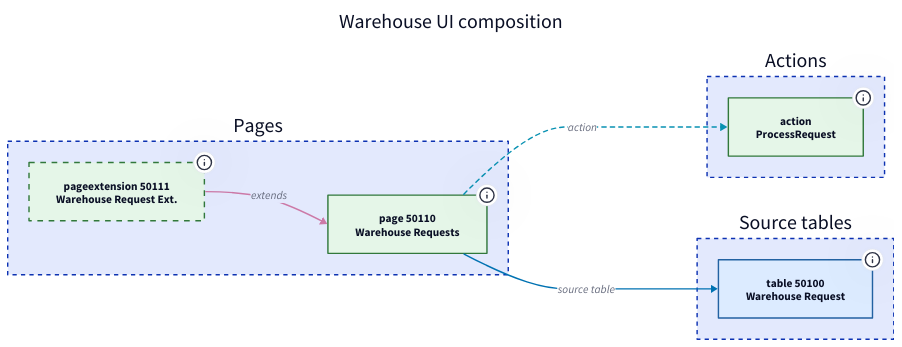
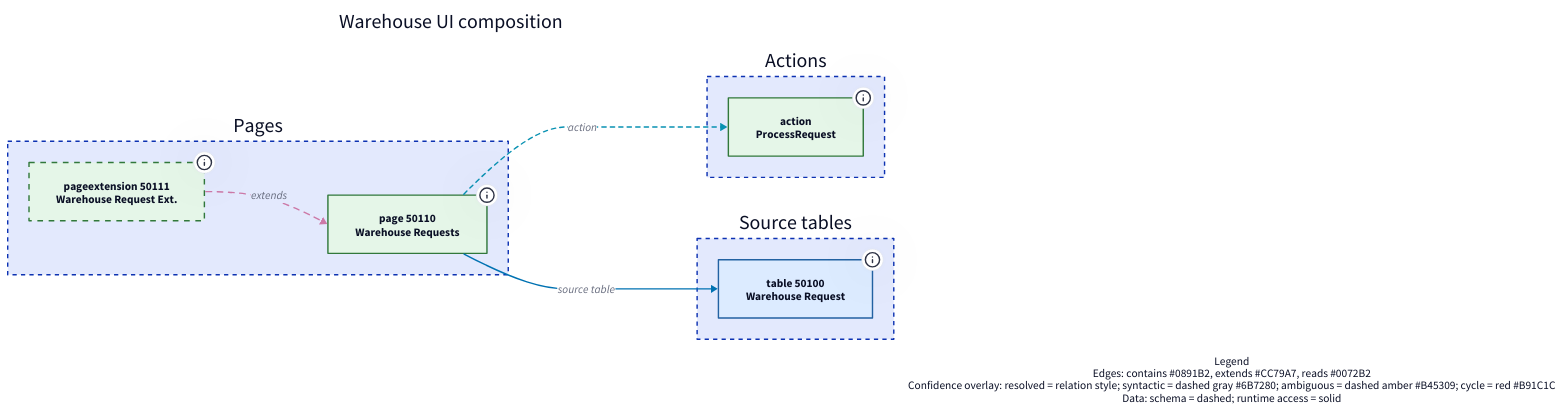
One commit to SchulzOli/BC-Atlas changed the diagram in examples/output/ui.d2. Above: the diagram before and after it, drawn with D2. The commit also changed 5 other files, not shown here.

```diff
--- a/examples/output/ui.d2
+++ b/examples/output/ui.d2
@@ -1,47 +1,52 @@
 direction: right
 title: "Warehouse UI composition" {
   shape: text
   near: top-center
   style.font-size: 28
 }
 
 g0: "Actions" {
   style.stroke-dash: 3
   n3: "action\nProcessRequest" {
     shape: rectangle
-    tooltip: "WarehouseUI.al:14"
+    tooltip: "WarehouseUI.al:43"
     style.fill: "#E5F6E8"
     style.stroke: "#31783B"
   }
 }
 
 g1: "Pages" {
   style.stroke-dash: 3
   n2: "pageextension 50111\nWarehouse Request Ext." {
     shape: rectangle
-    tooltip: "WarehouseUI.al:27"
+    tooltip: "WarehouseUI.al:60"
     style.fill: "#E5F6E8"
     style.stroke: "#31783B"
     style.stroke-dash: 4
   }
   n1: "page 50110\nWarehouse Requests" {
     shape: rectangle
     tooltip: "WarehouseUI.al:5"
     style.fill: "#E5F6E8"
     style.stroke: "#31783B"
   }
 }
 
 g2: "Source tables" {
   style.stroke-dash: 3
   n0: "table 50100\nWarehouse Request" {
     shape: rectangle
     tooltip: "Inventory.al:8"
     style.fill: "#DCEBFF"
     style.stroke: "#2362A2"
   }
 }
 
 g1.n1 -> g0.n3: "action" {style.stroke: "#0891B2"; style.stroke-dash: 3}
 g1.n1 -> g2.n0: "source table" {style.stroke: "#0072B2"}
-g1.n2 --> g1.n1: "extends" {style.stroke: "#CC79A7"}
+g1.n2 --> g1.n1: "extends" {style.stroke: "#CC79A7"; style.stroke-dash: 4; tooltip: "Relation: schema"}
+
+legend: "Legend\nEdges: contains #0891B2, extends #CC79A7, reads #0072B2\nConfidence overlay: resolved = relation style; syntactic = dashed gray #6B7280; ambiguous = dashed amber #B45309; cycle = red #B91C1C\nData: schema = dashed; runtime access = solid" {
+  shape: text
+  near: bottom-right
+}
```
